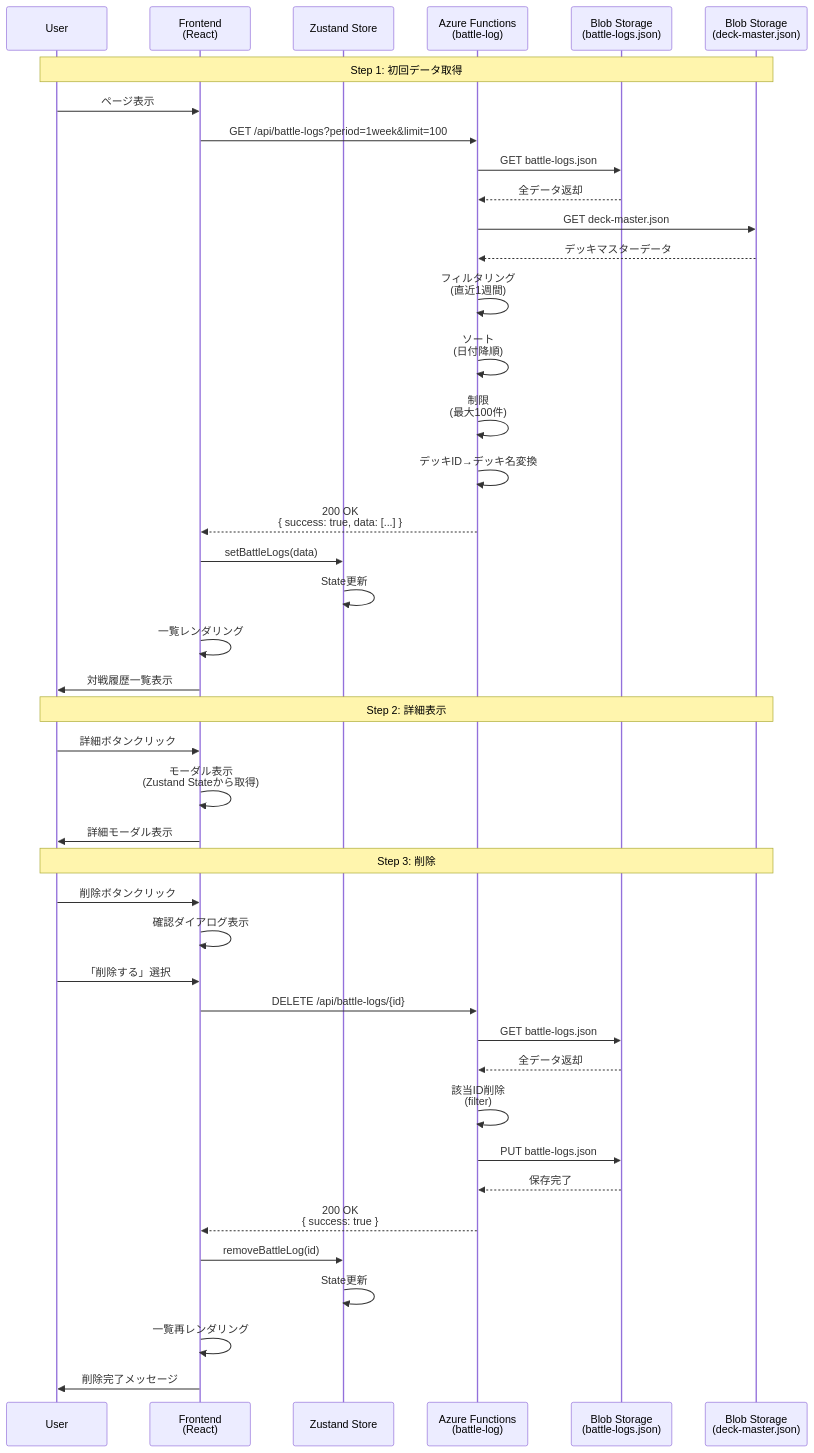
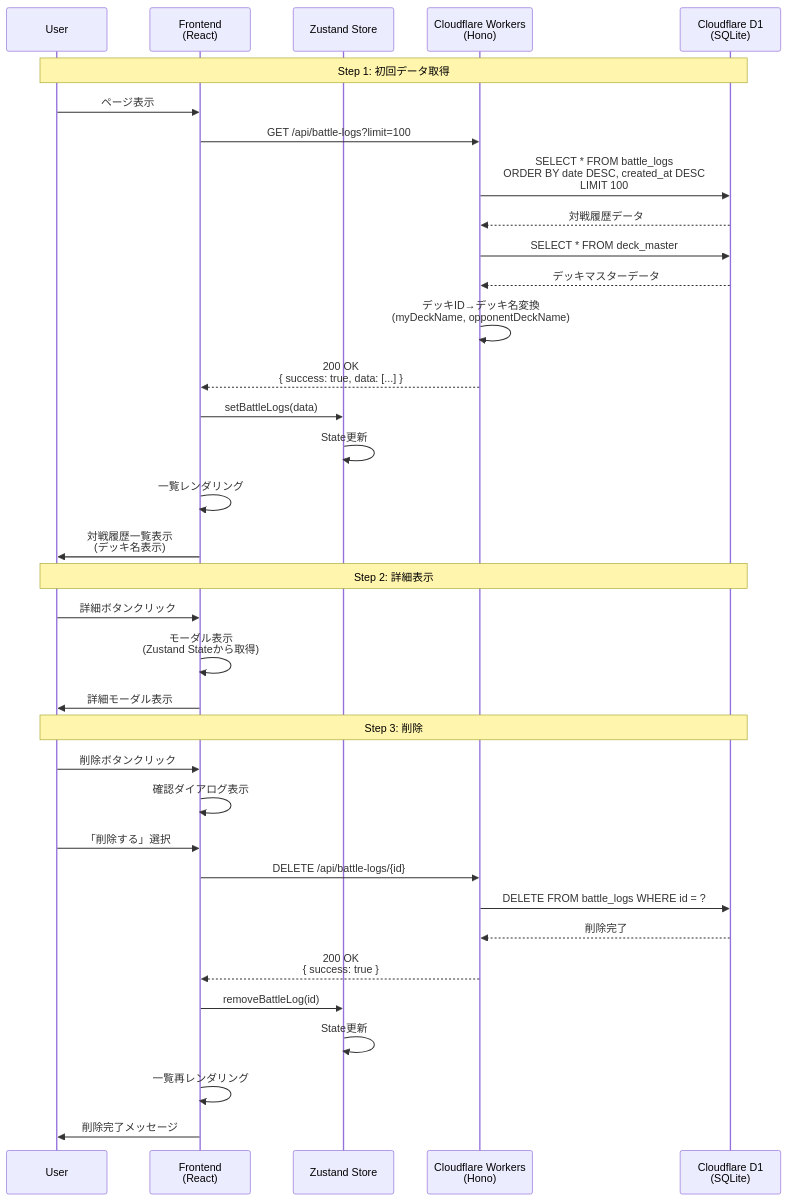
One commit to yaguma/shadowverse_log changed the third of 9 diagrams in docs/design/shadowverse-battle-log/dataflow.md. Above: the diagram before and after it, drawn with Mermaid. The commit also changed other lines of this file and 6 other files, not shown here.

````diff
--- a/docs/design/shadowverse-battle-log/dataflow.md
+++ b/docs/design/shadowverse-battle-log/dataflow.md
@@ -85,54 +85,47 @@
 ```mermaid
 sequenceDiagram
     participant U as User
     participant F as Frontend<br/>(React)
     participant Z as Zustand Store
-    participant AF as Azure Functions<br/>(battle-log)
-    participant BS as Blob Storage<br/>(battle-logs.json)
-    participant DM as Blob Storage<br/>(deck-master.json)
+    participant CW as Cloudflare Workers<br/>(Hono)
+    participant D1 as Cloudflare D1<br/>(SQLite)
 
-    Note over U,DM: Step 1: 初回データ取得
+    Note over U,D1: Step 1: 初回データ取得
     U->>F: ページ表示
-    F->>AF: GET /api/battle-logs?period=1week&limit=100
+    F->>CW: GET /api/battle-logs?limit=100
 
-    AF->>BS: GET battle-logs.json
-    BS-->>AF: 全データ返却
+    CW->>D1: SELECT * FROM battle_logs<br/>ORDER BY date DESC, created_at DESC<br/>LIMIT 100
+    D1-->>CW: 対戦履歴データ
 
-    AF->>DM: GET deck-master.json
-    DM-->>AF: デッキマスターデータ
+    CW->>D1: SELECT * FROM deck_master
+    D1-->>CW: デッキマスターデータ
 
-    AF->>AF: フィルタリング<br/>(直近1週間)
-    AF->>AF: ソート<br/>(日付降順)
-    AF->>AF: 制限<br/>(最大100件)
-    AF->>AF: デッキID→デッキ名変換
+    CW->>CW: デッキID→デッキ名変換<br/>(myDeckName, opponentDeckName)
 
-    AF-->>F: 200 OK<br/>{ success: true, data: [...] }
+    CW-->>F: 200 OK<br/>{ success: true, data: [...] }
 
     F->>Z: setBattleLogs(data)
     Z->>Z: State更新
     F->>F: 一覧レンダリング
-    F->>U: 対戦履歴一覧表示
+    F->>U: 対戦履歴一覧表示<br/>(デッキ名表示)
 
-    Note over U,DM: Step 2: 詳細表示
+    Note over U,D1: Step 2: 詳細表示
     U->>F: 詳細ボタンクリック
     F->>F: モーダル表示<br/>(Zustand Stateから取得)
     F->>U: 詳細モーダル表示
 
-    Note over U,DM: Step 3: 削除
+    Note over U,D1: Step 3: 削除
     U->>F: 削除ボタンクリック
     F->>F: 確認ダイアログ表示
     U->>F: 「削除する」選択
 
-    F->>AF: DELETE /api/battle-logs/{id}
-    AF->>BS: GET battle-logs.json
-    BS-->>AF: 全データ返却
-    AF->>AF: 該当ID削除<br/>(filter)
-    AF->>BS: PUT battle-logs.json
-    BS-->>AF: 保存完了
-    AF-->>F: 200 OK<br/>{ success: true }
+    F->>CW: DELETE /api/battle-logs/{id}
+    CW->>D1: DELETE FROM battle_logs WHERE id = ?
+    D1-->>CW: 削除完了
+    CW-->>F: 200 OK<br/>{ success: true }
 
     F->>Z: removeBattleLog(id)
     Z->>Z: State更新
     F->>F: 一覧再レンダリング
     F->>U: 削除完了メッセージ
 ```
````
